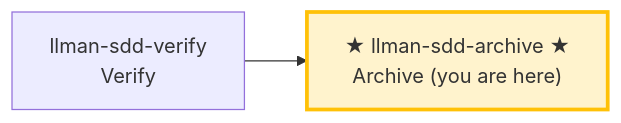
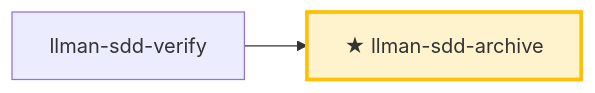
The diagram in .agents/skills/llman-sdd-archive/SKILL.md (StrayDragon/dapz), drawn with Mermaid before and after one commit. The commit also changed other lines of this file and 12 other files, not shown here.

First line of the commit message:
chore(skills): refresh llman-sdd skills to 0.5.0 official templates (init --update)

````diff
--- a/.agents/skills/llman-sdd-archive/SKILL.md
+++ b/.agents/skills/llman-sdd-archive/SKILL.md
@@ -17,7 +14,6 @@
 ```mermaid
 flowchart LR
-    verify["llman-sdd-verify<br/>Verify"] --> archive
-    archive["★ llman-sdd-archive ★<br/>Archive (you are here)"]
+    verify["llman-sdd-verify"] --> archive["★ llman-sdd-archive"]
 
     style archive fill:#fff3cd,stroke:#ffc107,stroke-width:3px
 ```
````
